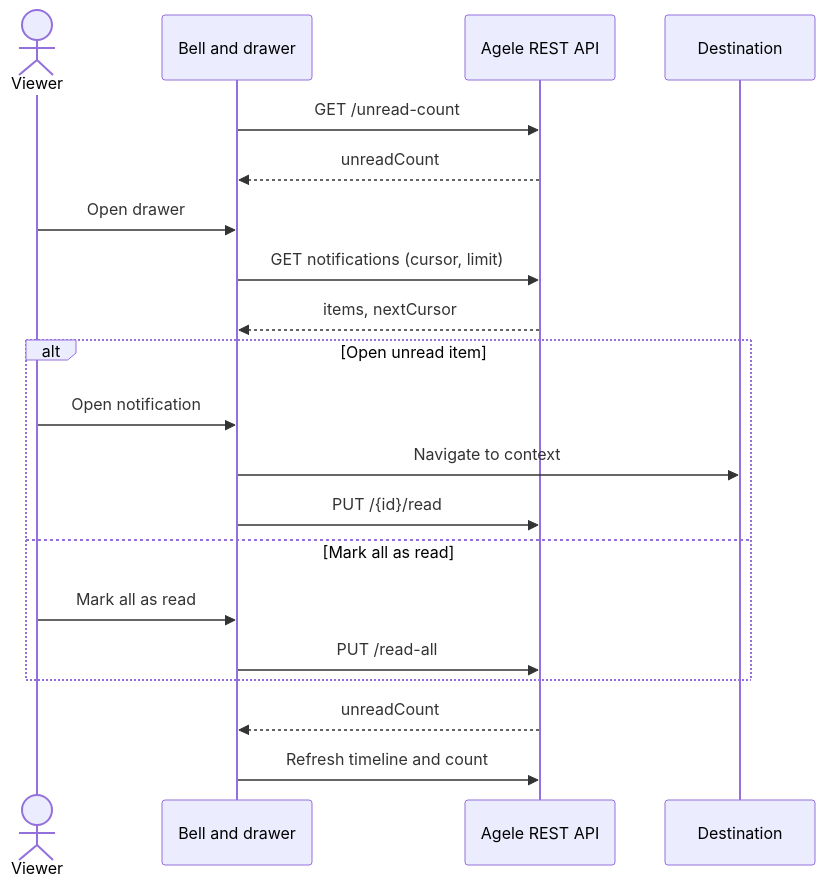
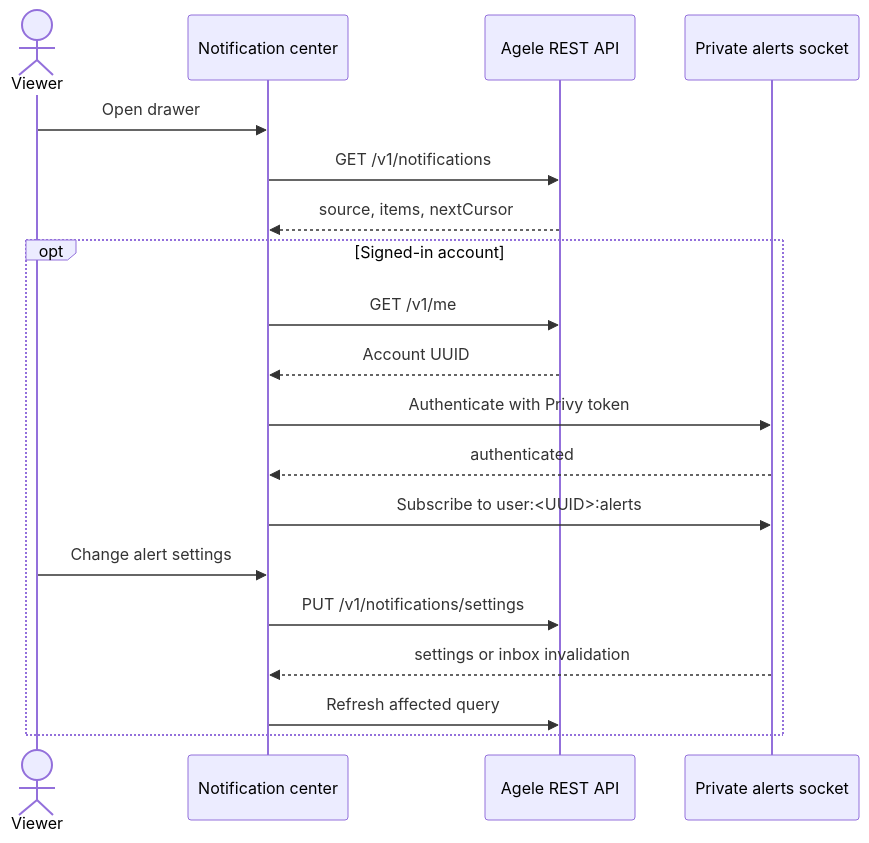
Before and after one commit to jog01/agele-web: the second of 2 diagrams in docs/notifications.md, drawn with Mermaid. The commit also changed other lines of this file and 9 other files, not shown here.

Commit message:
feat(notifications): integrate backend inbox and alerts

````diff
--- a/docs/notifications.md
+++ b/docs/notifications.md
@@ -44,22 +48,21 @@
 ```mermaid
 sequenceDiagram
   actor Viewer
-  participant Bell as Bell and drawer
+  participant Web as Notification center
   participant API as Agele REST API
-  participant Target as Destination
-  Bell->>API: GET /unread-count
-  API-->>Bell: unreadCount
-  Viewer->>Bell: Open drawer
-  Bell->>API: GET notifications (cursor, limit)
-  API-->>Bell: items, nextCursor
-  alt Open unread item
-    Viewer->>Bell: Open notification
-    Bell->>Target: Navigate to context
-    Bell->>API: PUT /{id}/read
-  else Mark all as read
-    Viewer->>Bell: Mark all as read
-    Bell->>API: PUT /read-all
+  participant WS as Private alerts socket
+  Viewer->>Web: Open drawer
+  Web->>API: GET /v1/notifications
+  API-->>Web: source, items, nextCursor
+  opt Signed-in account
+    Web->>API: GET /v1/me
+    API-->>Web: Account UUID
+    Web->>WS: Authenticate with Privy token
+    WS-->>Web: authenticated
+    Web->>WS: Subscribe to user:<UUID>:alerts
+    Viewer->>Web: Change alert settings
+    Web->>API: PUT /v1/notifications/settings
+    WS-->>Web: settings or inbox invalidation
+    Web->>API: Refresh affected query
   end
-  API-->>Bell: unreadCount
-  Bell->>API: Refresh timeline and count
 ```
````
